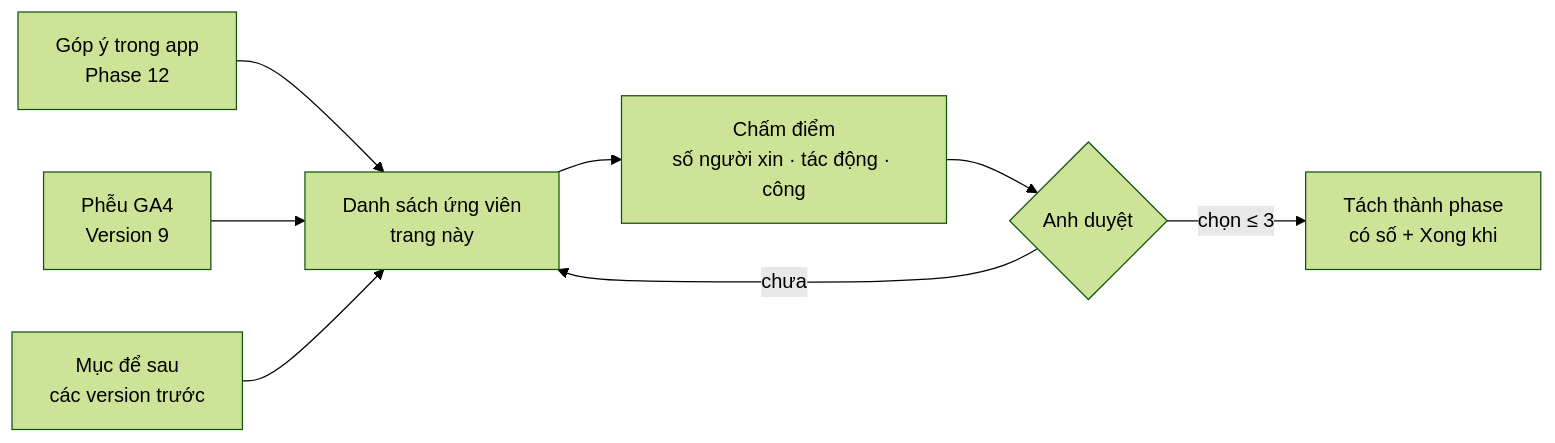
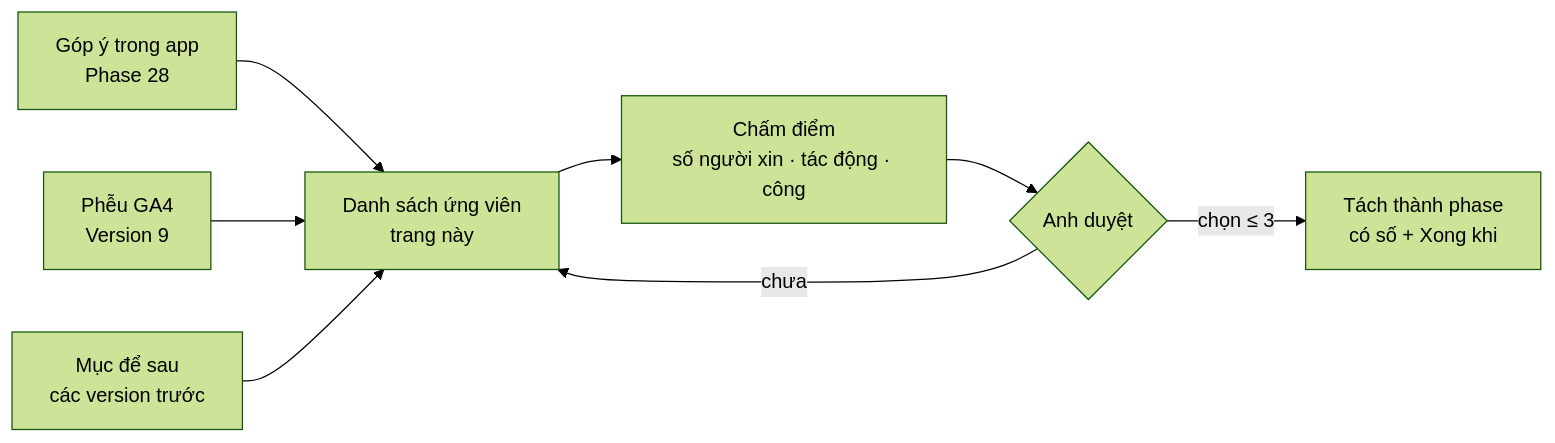
Before and after one commit to nvminhtu/niche-radar-docs: the diagram in docs/web/version-12.md, drawn with Mermaid (forest theme). The commit also changed other lines of this file and 206 other files, not shown here.

````diff
--- a/docs/web/version-12.md
+++ b/docs/web/version-12.md
@@ -16,10 +16,10 @@
 ```mermaid
 flowchart LR
-  F[Góp ý trong app<br/>Phase 12] --> L[Danh sách ứng viên<br/>trang này]
+  F[Góp ý trong app<br/>Phase 28] --> L[Danh sách ứng viên<br/>trang này]
   A[Phễu GA4<br/>Version 9] --> L
   O[Mục để sau<br/>các version trước] --> L
   L --> S[Chấm điểm<br/>số người xin · tác động · công]
   S --> D{Anh duyệt}
   D -->|chọn ≤ 3| P[Tách thành phase<br/>có số + Xong khi]
   D -->|chưa| L
 ```
````
